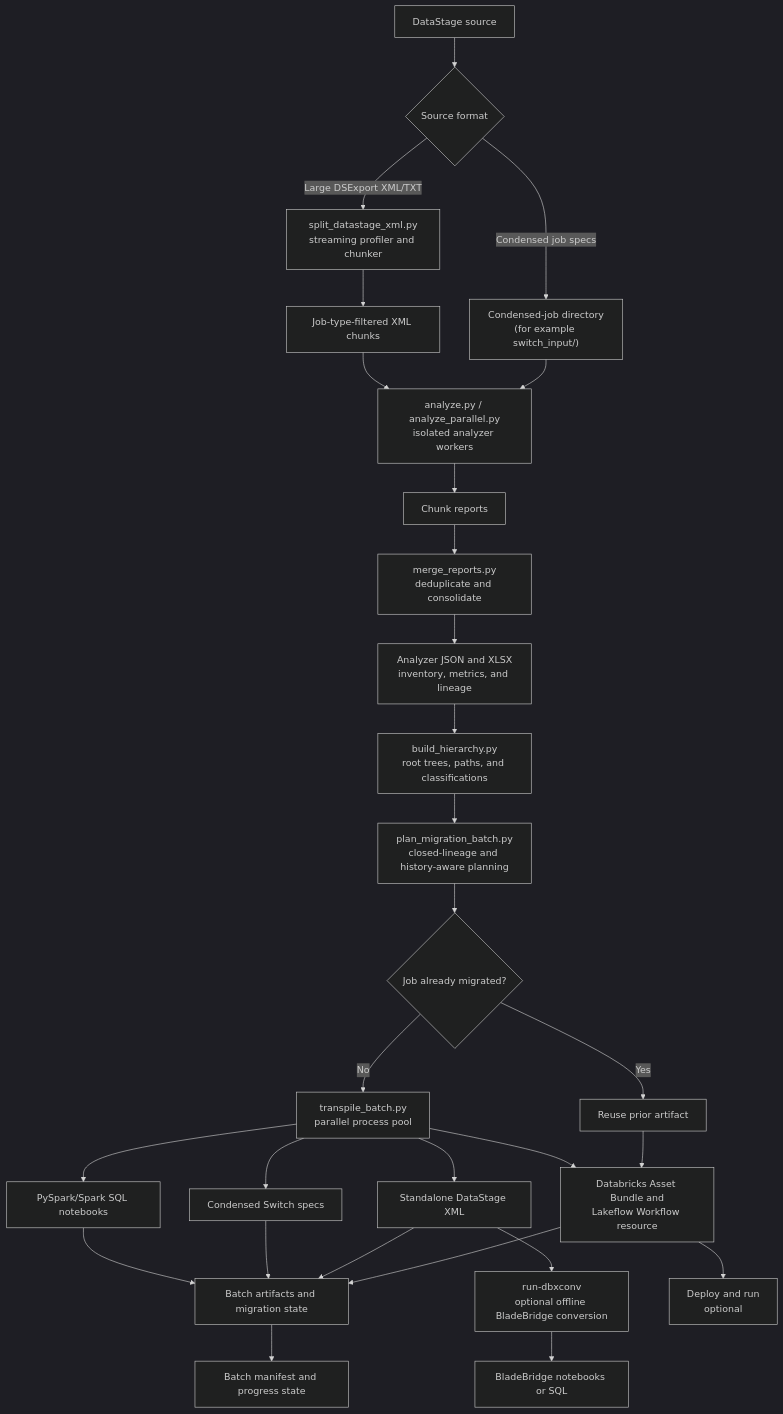
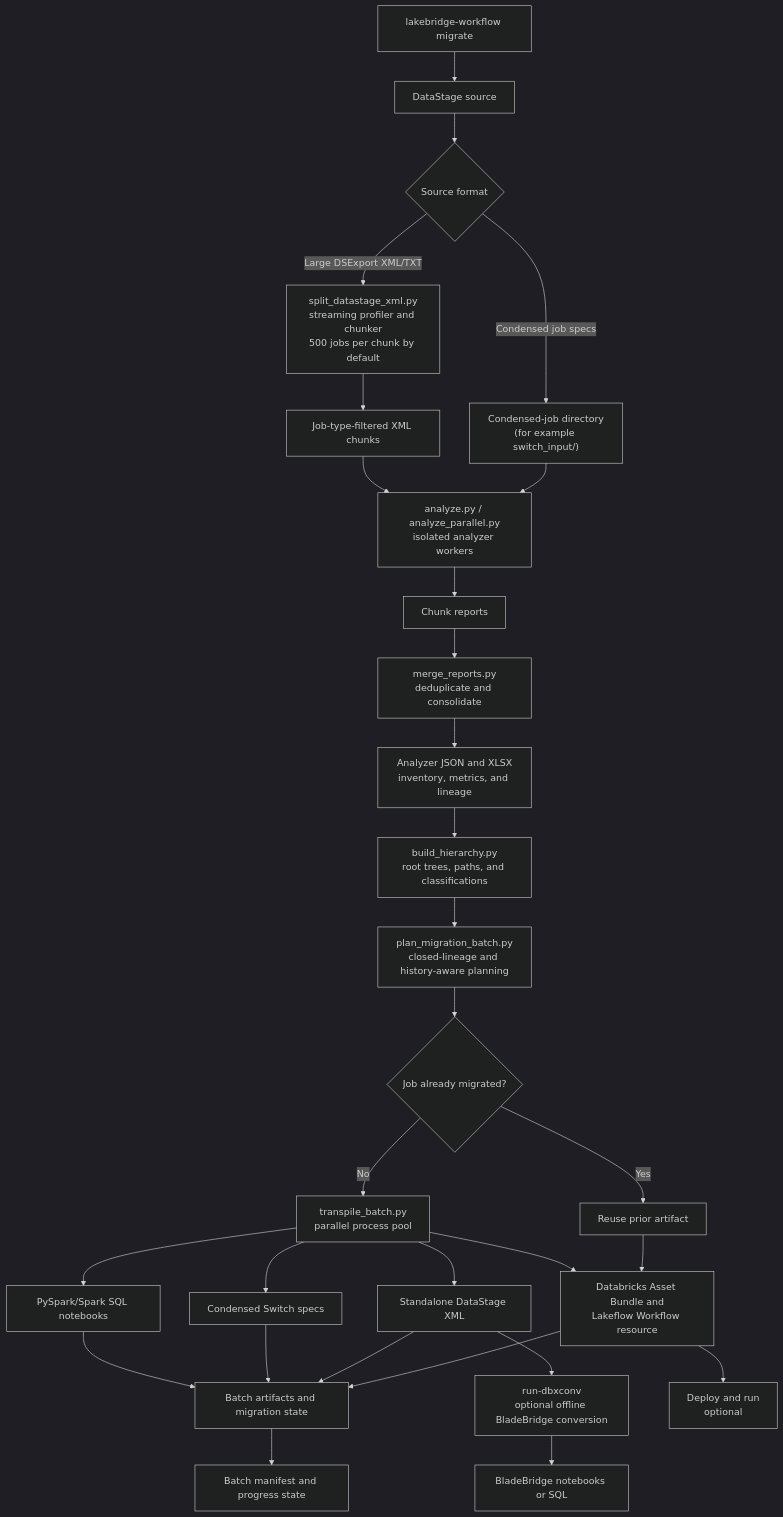
The diagram in migration/lakebridge_workflow/README.md (rwforest/Retail-Store-Data-Modeling-and-Analysis-using-DataStage), drawn with Mermaid (dark theme) before and after one commit. The commit also changed other lines of this file and 5 other files, not shown here.

````diff
--- a/migration/lakebridge_workflow/README.md
+++ b/migration/lakebridge_workflow/README.md
@@ -19,39 +19,40 @@
 ```mermaid
 flowchart TD
-    A["DataStage source"] --> B{"Source format"}
-    B -->|"Large DSExport XML/TXT"| C["split_datastage_xml.py<br/>streaming profiler and chunker"]
+    CMD["lakebridge-workflow migrate"] --> A["DataStage source"]
+    A --> B{"Source format"}
+    B -->|"Large DSExport XML/TXT"| C["split_datastage_xml.py<br/>streaming profiler and chunker<br/>500 jobs per chunk by default"]
     B -->|"Condensed job specs"| D["Condensed-job directory<br/>(for example switch_input/)"]
 
     C --> E["Job-type-filtered XML chunks"]
     E --> F["analyze.py / analyze_parallel.py<br/>isolated analyzer workers"]
     D --> F
 
     F --> G["Chunk reports"]
     G --> H["merge_reports.py<br/>deduplicate and consolidate"]
 
     H --> I["Analyzer JSON and XLSX<br/>inventory, metrics, and lineage"]
     I --> J["build_hierarchy.py<br/>root trees, paths, and classifications"]
 
     J --> K["plan_migration_batch.py<br/>closed-lineage and history-aware planning"]
     K --> L{"Job already migrated?"}
 
     L -->|"No"| M["transpile_batch.py<br/>parallel process pool"]
     L -->|"Yes"| N["Reuse prior artifact"]
 
     M --> O["PySpark/Spark SQL notebooks"]
     M --> P["Condensed Switch specs"]
     M --> Q["Standalone DataStage XML"]
     M --> R["Databricks Asset Bundle and<br/>Lakeflow Workflow resource"]
 
     N --> R
     O --> S["Batch artifacts and migration state"]
     P --> S
     Q --> S
     R --> S
 
     Q --> T["run-dbxconv<br/>optional offline BladeBridge conversion"]
     T --> U["BladeBridge notebooks or SQL"]
 
     R --> V["Deploy and run<br/>optional"]
     S --> W["Batch manifest and progress state"]
 ```
````
